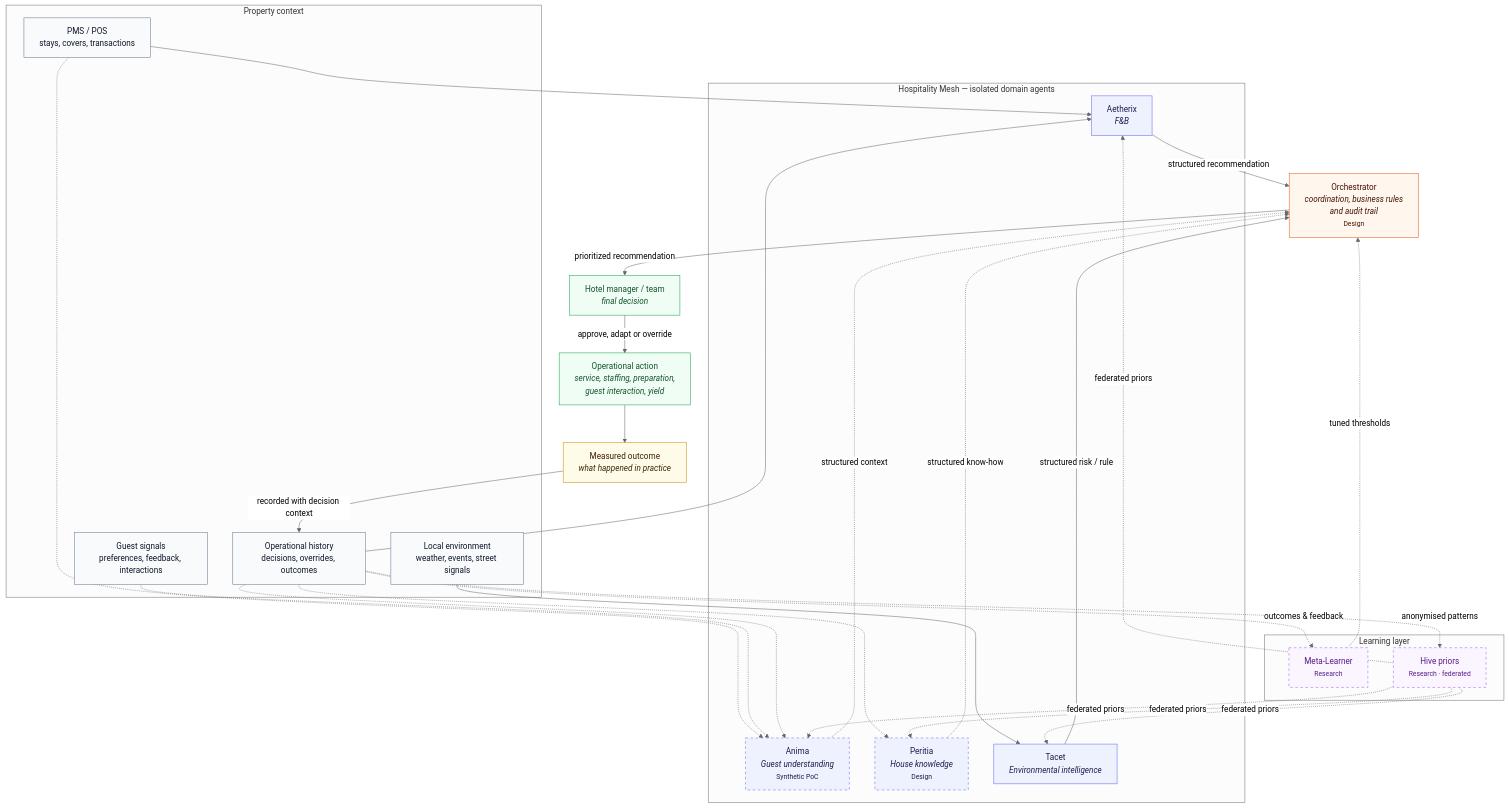
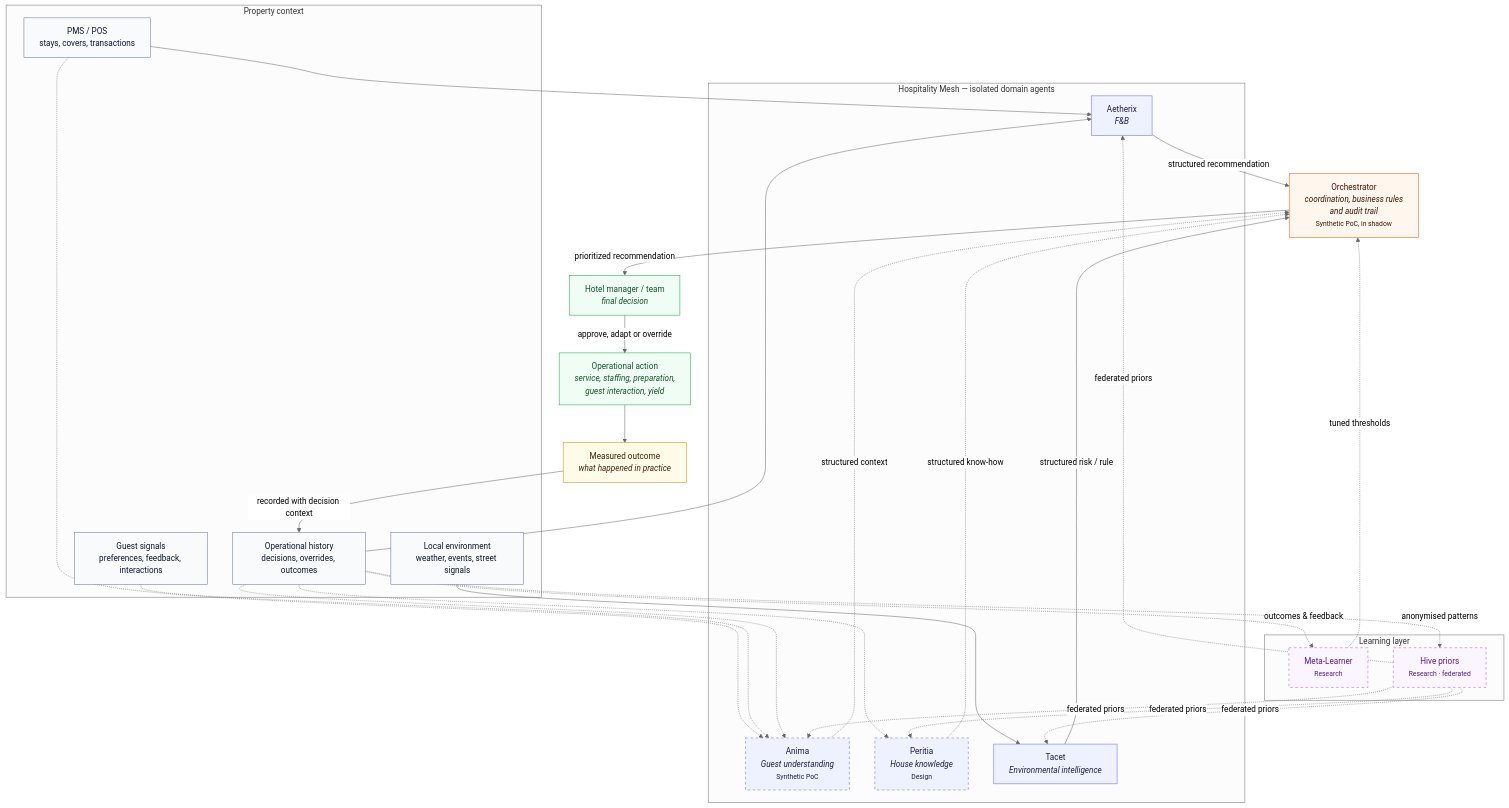
One commit to IvandeMurard/Hospitality-Multi-agent-Architecture changed the diagram in README.md. Above: the diagram before and after it, drawn with Mermaid (neutral theme). The commit also changed other lines of this file and 2 other files, not shown here.

First line of the commit message:
docs: Orchestrator moves from Design to Synthetic PoC, with the 19 Nov staging run note

````diff
--- a/README.md
+++ b/README.md
@@ -92,77 +92,77 @@
 ```mermaid
 flowchart TB
     %% Context sources
     subgraph CONTEXT["Property context"]
         PMS["PMS / POS<br/>stays, covers, transactions"]
         GUEST["Guest signals<br/>preferences, feedback, interactions"]
         OPS["Operational history<br/>decisions, overrides, outcomes"]
         ENV["Local environment<br/>weather, events, street signals"]
     end
 
     %% Specialized, isolated agents
     subgraph MESH["Hospitality Mesh — isolated domain agents"]
         A["Aetherix<br/><i>F&B</i>"]
         N["Anima<br/><i>Guest understanding</i><br/><small>Synthetic PoC</small>"]
         P["Peritia<br/><i>House knowledge</i><br/><small>Design</small>"]
         T["Tacet<br/><i>Environmental intelligence</i>"]
     end
 
     %% Coordination and human decision
-    O["Orchestrator<br/><i>coordination, business rules<br/>and audit trail</i><br/><small>Design</small>"]
+    O["Orchestrator<br/><i>coordination, business rules<br/>and audit trail</i><br/><small>Synthetic PoC, in shadow</small>"]
     H["Hotel manager / team<br/><i>final decision</i>"]
     ACTION["Operational action<br/><i>service, staffing, preparation,<br/>guest interaction, yield</i>"]
     OUTCOME["Measured outcome<br/><i>what happened in practice</i>"]
 
     %% Continuous learning: prospective
     subgraph LEARNING["Learning layer"]
         ML["Meta-Learner<br/><small>Research</small>"]
         HP["Hive priors<br/><small>Research · federated</small>"]
     end
 
     %% Context to agents
     PMS --> A
     PMS -.-> N
     GUEST -.-> N
     OPS --> A
     OPS -.-> N
     OPS -.-> P
     ENV --> T
 
     %% Agent output to orchestration
     A -->|"structured recommendation"| O
     N -.->|"structured context"| O
     P -.->|"structured know-how"| O
     T -->|"structured risk / rule"| O
 
     %% Human-centred loop
     O -->|"prioritized recommendation"| H
     H -->|"approve, adapt or override"| ACTION
     ACTION --> OUTCOME
     OUTCOME -->|"recorded with decision context"| OPS
 
     %% Prospectively learned layer
     OPS -.->|"outcomes & feedback"| ML
     ML -.->|"tuned thresholds"| O
     OPS -.->|"anonymised patterns"| HP
     HP -.->|"federated priors"| A
     HP -.->|"federated priors"| N
     HP -.->|"federated priors"| P
     HP -.->|"federated priors"| T
 
     %% Styling
     classDef source fill:#F8FAFC,stroke:#64748B,color:#0F172A;
     classDef agent fill:#EEF2FF,stroke:#6366F1,color:#1E1B4B;
     classDef orchestration fill:#FFF7ED,stroke:#EA580C,color:#431407;
     classDef human fill:#F0FDF4,stroke:#16A34A,color:#14532D;
     classDef outcome fill:#FEFCE8,stroke:#CA8A04,color:#422006;
     classDef research fill:#FAF5FF,stroke:#A855F7,color:#581C87,stroke-dasharray: 5 5;
     classDef notlive fill:#EEF2FF,stroke:#6366F1,color:#1E1B4B,stroke-dasharray: 5 5;
 
     class PMS,GUEST,OPS,ENV source;
     class A,T agent;
     class N,P notlive;
     class O orchestration;
     class H,ACTION human;
     class OUTCOME outcome;
     class ML,HP research;
 ```
````
